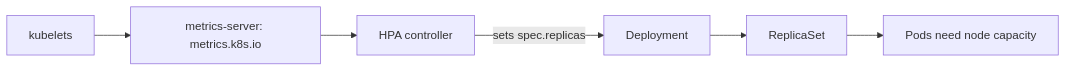
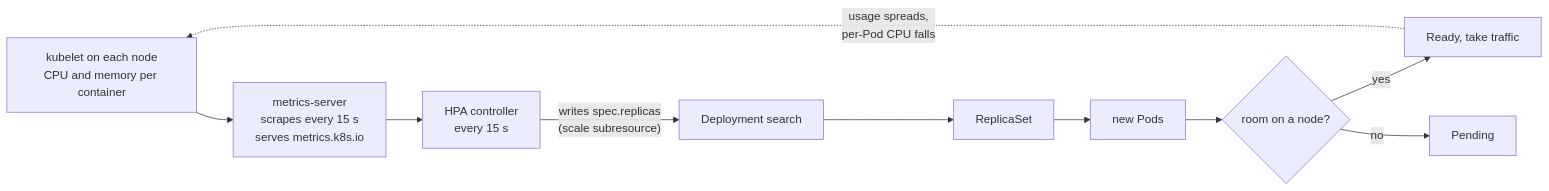
The diagram in docs/learn/scaling/hpa.md (darshan-raul/apollo11-docs), drawn with Mermaid before and after one commit. The commit also changed other lines of this file and 5 other files, not shown here.

````diff
--- a/docs/learn/scaling/hpa.md
+++ b/docs/learn/scaling/hpa.md
@@ -20,5 +18,11 @@
 ```mermaid
 flowchart LR
-  K[kubelets] --> MS[metrics-server: metrics.k8s.io] --> H[HPA controller]
-  H -->|sets spec.replicas| D[Deployment] --> RS[ReplicaSet] --> N[Pods need node capacity]
+  K["kubelet on each node<br/>CPU and memory per container"] --> MS["metrics-server<br/>scrapes every 15 s<br/>serves metrics.k8s.io"]
+  MS --> H["HPA controller<br/>every 15 s"]
+  H -->|"writes spec.replicas<br/>(scale subresource)"| D["Deployment search"]
+  D --> RS["ReplicaSet"] --> P["new Pods"]
+  P --> S{"room on a node?"}
+  S -->|yes| R["Ready, take traffic"]
+  S -->|no| PE["Pending"]
+  R -.->|"usage spreads,<br/>per-Pod CPU falls"| K
 ```
````
